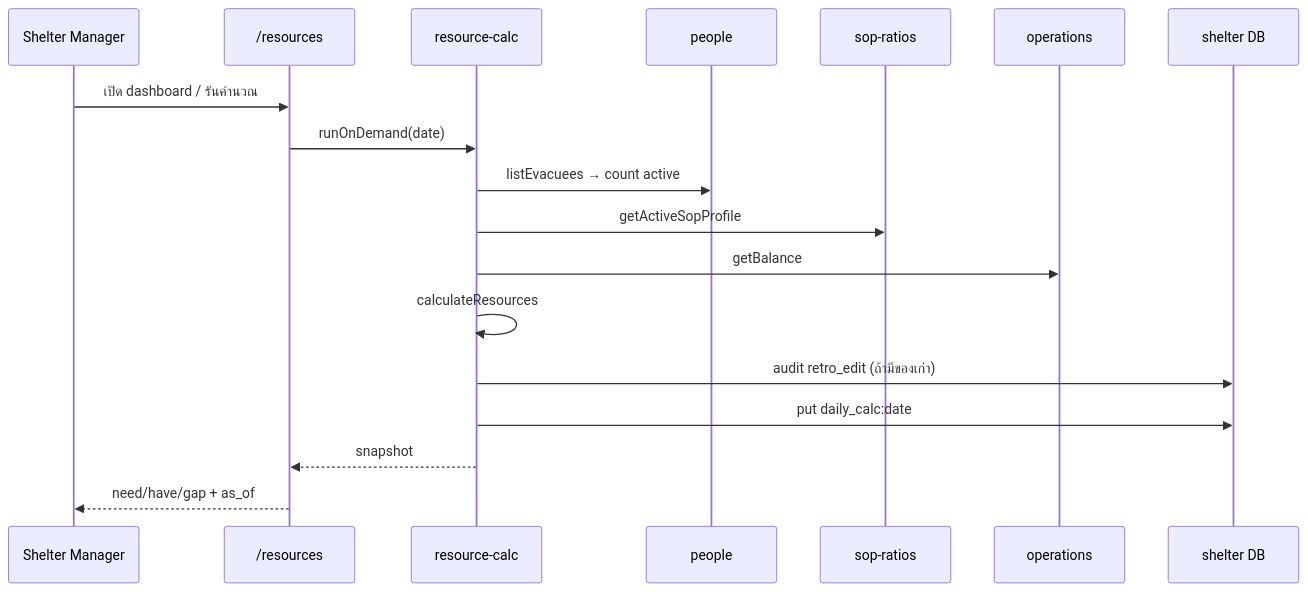
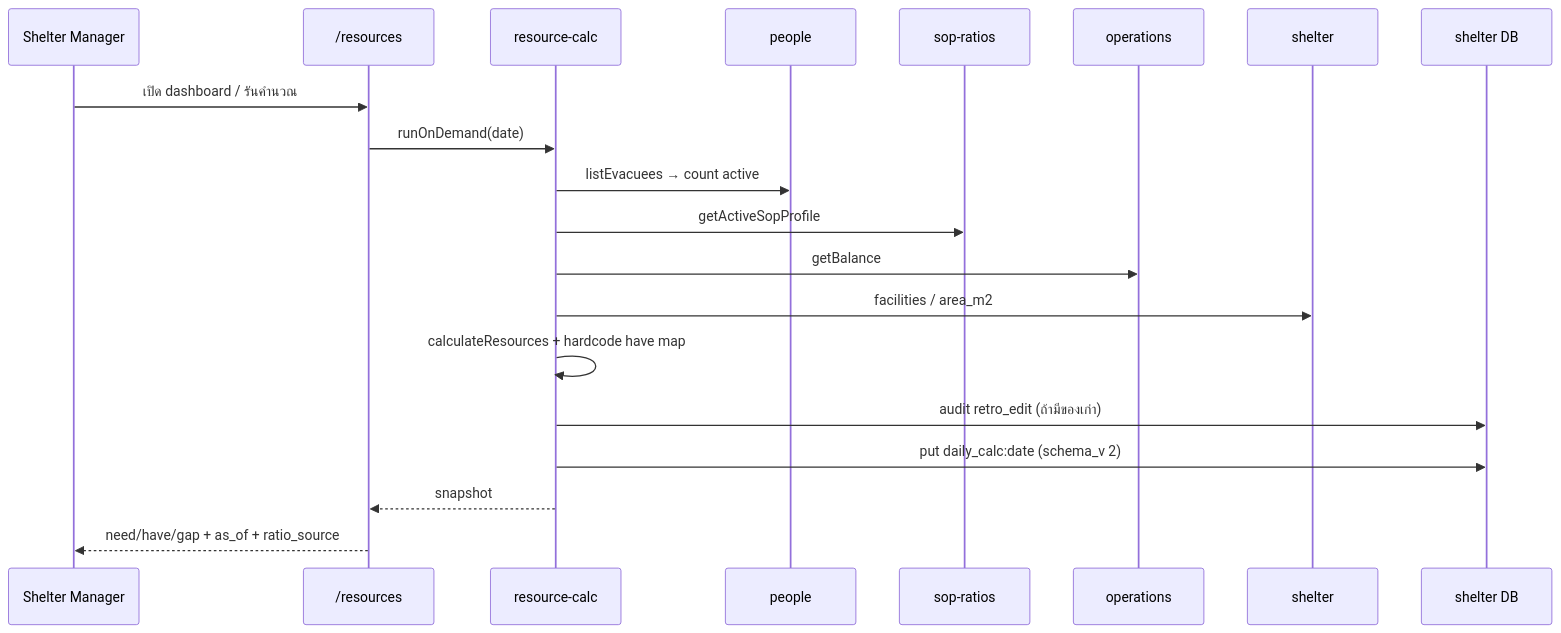
The second of 2 diagrams in docs/features/daily-sop-resource-calc-flow.md (r202-coe-psu/tent), drawn with Mermaid before and after one commit. The commit also changed other lines of this file and 6 other files, not shown here.

````diff
--- a/docs/features/daily-sop-resource-calc-flow.md
+++ b/docs/features/daily-sop-resource-calc-flow.md
@@ -264,20 +233,22 @@
 ```mermaid
 sequenceDiagram
   participant SM as Shelter Manager
   participant UI as /resources
   participant RC as resource-calc
   participant P as people
   participant S as sop-ratios
   participant O as operations
+  participant SH as shelter
   participant DB as shelter DB
   SM->>UI: เปิด dashboard / รันคำนวณ
   UI->>RC: runOnDemand(date)
   RC->>P: listEvacuees → count active
   RC->>S: getActiveSopProfile
   RC->>O: getBalance
-  RC->>RC: calculateResources
+  RC->>SH: facilities / area_m2
+  RC->>RC: calculateResources + hardcode have map
   RC->>DB: audit retro_edit (ถ้ามีของเก่า)
-  RC->>DB: put daily_calc:date
+  RC->>DB: put daily_calc:date (schema_v 2)
   RC-->>UI: snapshot
-  UI-->>SM: need/have/gap + as_of
+  UI-->>SM: need/have/gap + as_of + ratio_source
 ```
````
